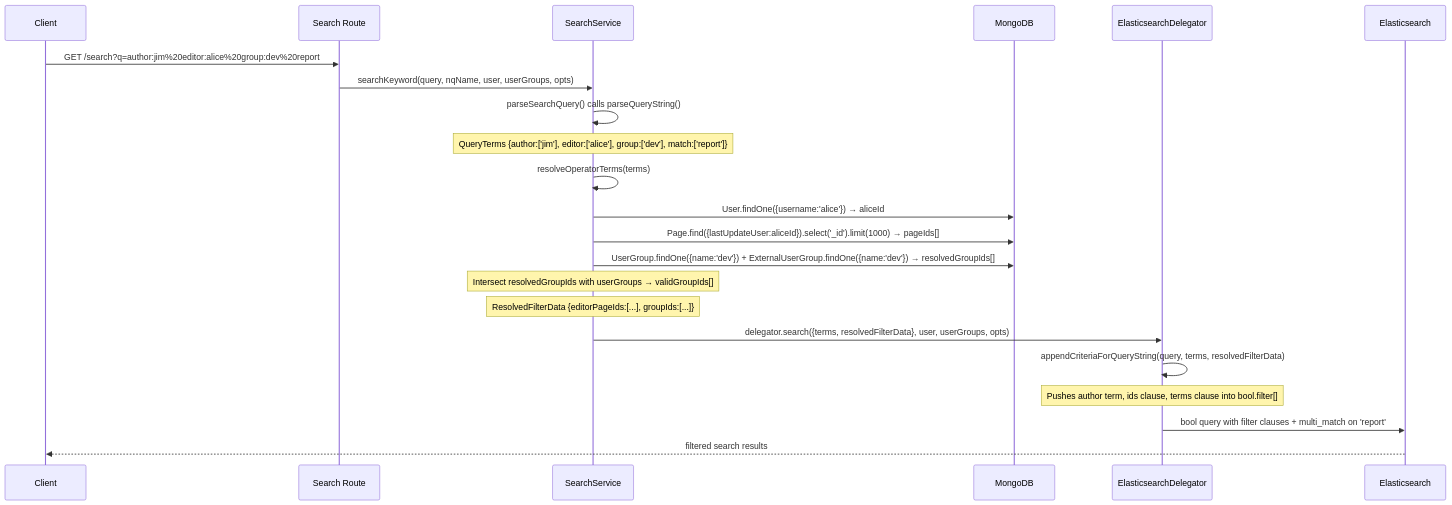
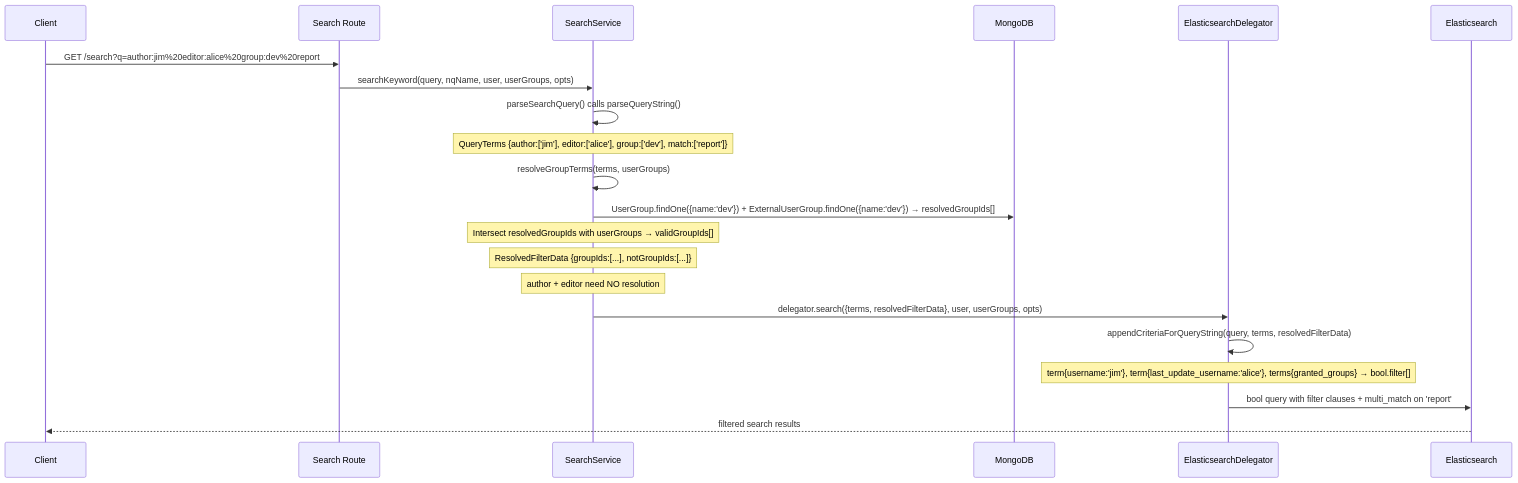
One commit to growilabs/growi changed the third of 3 diagrams in .kiro/specs/search-filters/design.md. Above: the diagram before and after it, drawn with Mermaid. The commit also changed other lines of this file and 7 other files, not shown here.

````diff
--- a/.kiro/specs/search-filters/design.md
+++ b/.kiro/specs/search-filters/design.md
@@ -139,25 +183,24 @@
 ```mermaid
 sequenceDiagram
     participant Client
     participant Route as Search Route
     participant SS as SearchService
     participant DB as MongoDB
     participant ED as ElasticsearchDelegator
     participant ES as Elasticsearch
 
     Client->>Route: GET /search?q=author:jim%20editor:alice%20group:dev%20report
     Route->>SS: searchKeyword(query, nqName, user, userGroups, opts)
     SS->>SS: parseSearchQuery() calls parseQueryString()
     Note over SS: QueryTerms {author:['jim'], editor:['alice'], group:['dev'], match:['report']}
-    SS->>SS: resolveOperatorTerms(terms)
-    SS->>DB: User.findOne({username:'alice'}) → aliceId
-    SS->>DB: Page.find({lastUpdateUser:aliceId}).select('_id').limit(1000) → pageIds[]
+    SS->>SS: resolveGroupTerms(terms, userGroups)
     SS->>DB: UserGroup.findOne({name:'dev'}) + ExternalUserGroup.findOne({name:'dev'}) → resolvedGroupIds[]
     Note over SS: Intersect resolvedGroupIds with userGroups → validGroupIds[]
-    Note over SS: ResolvedFilterData {editorPageIds:[...], groupIds:[...]}
+    Note over SS: ResolvedFilterData {groupIds:[...], notGroupIds:[...]}
+    Note over SS: author + editor need NO resolution
     SS->>ED: delegator.search({terms, resolvedFilterData}, user, userGroups, opts)
     ED->>ED: appendCriteriaForQueryString(query, terms, resolvedFilterData)
-    Note over ED: Pushes author term, ids clause, terms clause into bool.filter[]
+    Note over ED: term{username:'jim'}, term{last_update_username:'alice'}, terms{granted_groups} → bool.filter[]
     ED->>ES: bool query with filter clauses + multi_match on 'report'
     ES-->>Client: filtered search results
 ```
````
